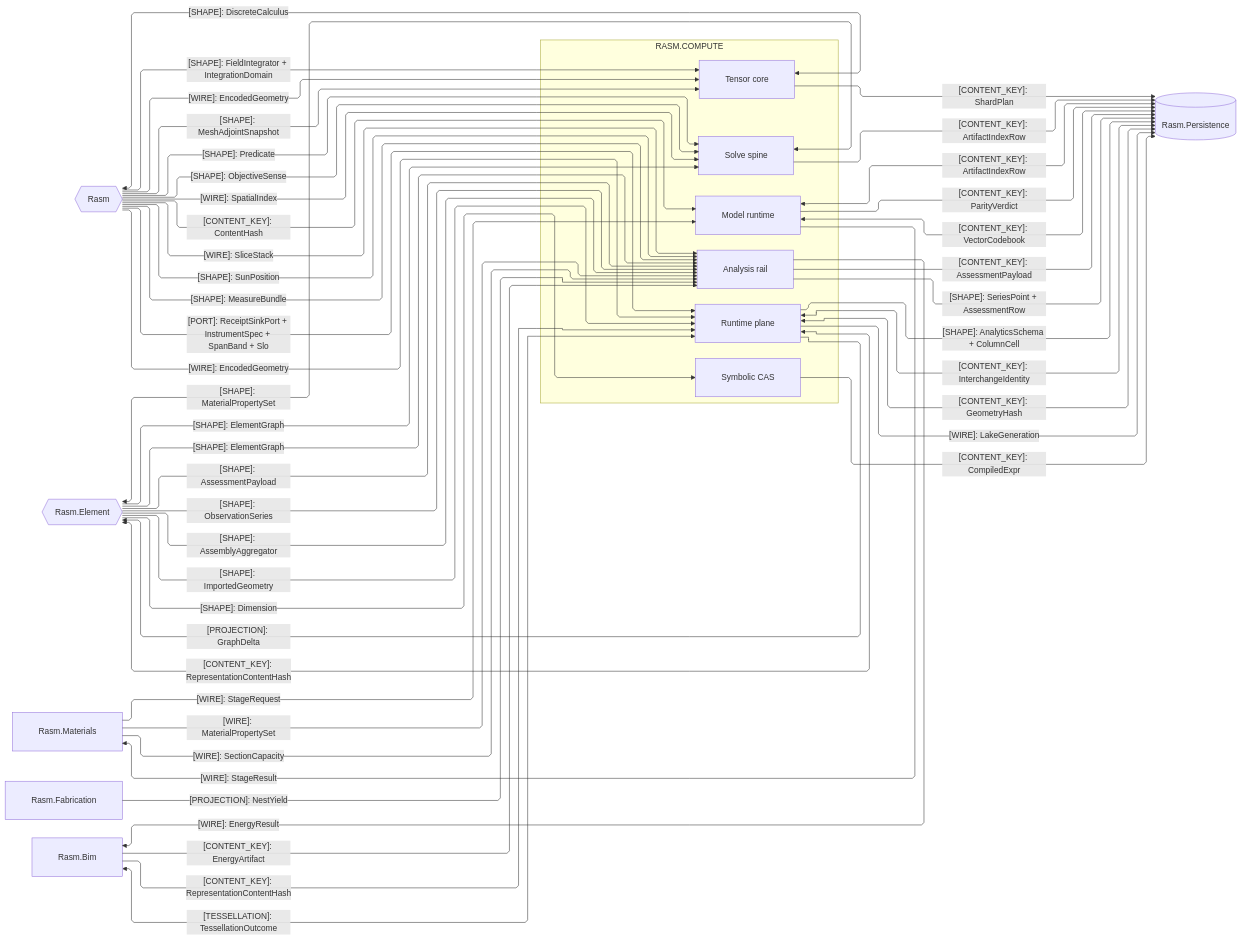
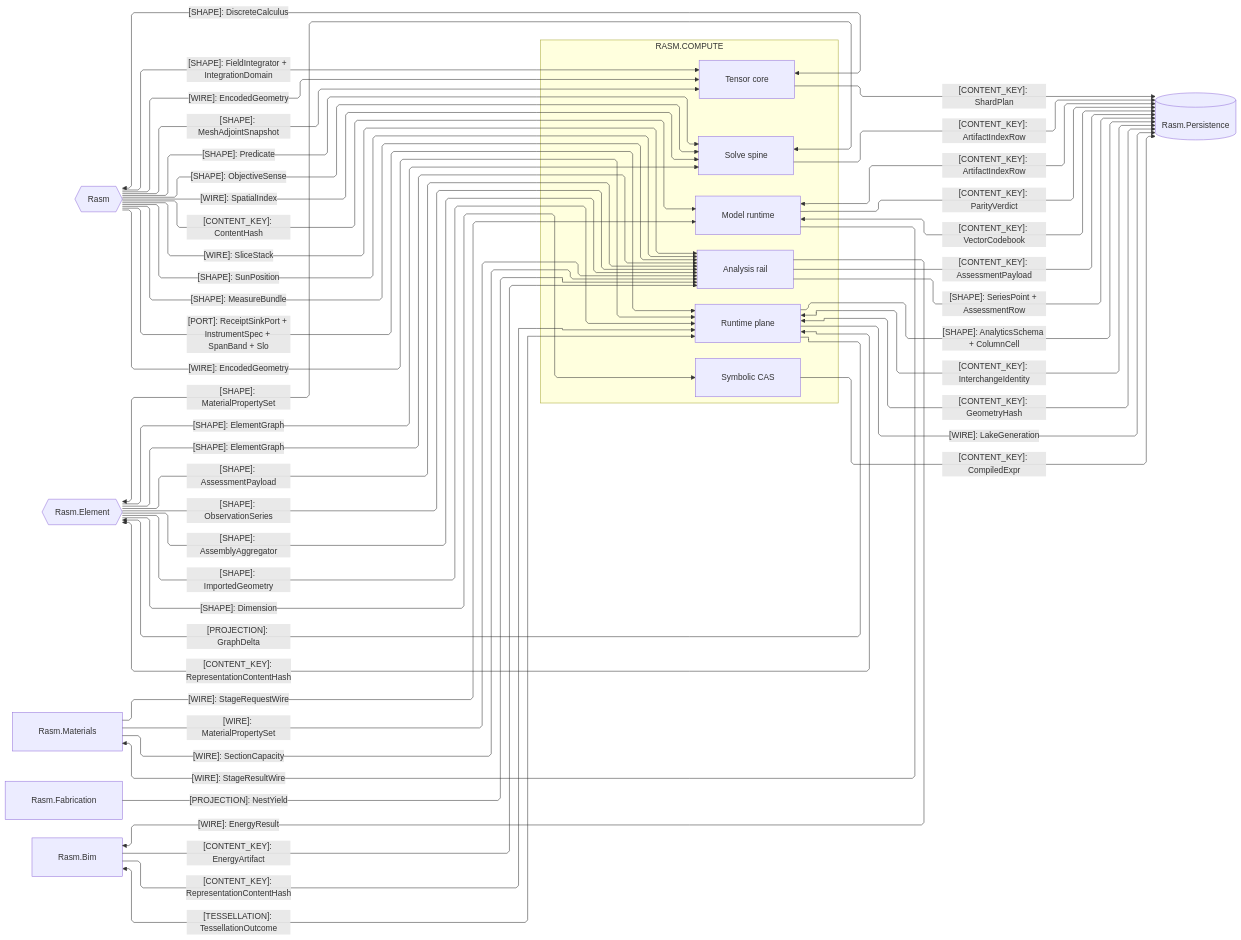
The second of 4 diagrams in libs/dotnet/Rasm.Compute/ARCHITECTURE.md (bsamiee/Rasm), drawn with Mermaid before and after one commit. The commit also changed other lines of this file and 167 other files, not shown here.

````diff
--- a/libs/dotnet/Rasm.Compute/ARCHITECTURE.md
+++ b/libs/dotnet/Rasm.Compute/ARCHITECTURE.md
@@ -150,70 +150,70 @@
 ```mermaid
 ---
 config:
   layout: elk
   flowchart:
     curve: linear
     padding: 25
 ---
 flowchart LR
     accTitle: Compute AEC-domain and storage seams
     accDescr: Which kinded contract shapes cross between Compute's owners, the kernel, the AEC peers, and the persistence store.
     subgraph compute[RASM.COMPUTE]
         Model[Model runtime]
         Tensor[Tensor core]
         Solver[Solve spine]
         Symbolic[Symbolic CAS]
         Analysis[Analysis rail]
         Runtime[Runtime plane]
     end
     Rasm{{Rasm}}
     Persistence[(Rasm.Persistence)]
     Element{{Rasm.Element}}
     Materials[Rasm.Materials]
     Fabrication[Rasm.Fabrication]
     Bim[Rasm.Bim]
     Rasm e1@-->|"[CONTENT_KEY]: ContentHash"| Model
     Rasm e2@-->|"[PORT]: ReceiptSinkPort + InstrumentSpec + SpanBand + Slo"| Runtime
     Rasm e3@-->|"[SHAPE]: Predicate"| Solver
     Rasm e4@-->|"[SHAPE]: ObjectiveSense"| Solver
     Tensor e5@<-->|"[SHAPE]: DiscreteCalculus"| Rasm
     Rasm e6@-->|"[WIRE]: SliceStack"| Analysis
     Rasm e7@-->|"[SHAPE]: MeshAdjointSnapshot"| Tensor
     Rasm e8@-->|"[WIRE]: SpatialIndex"| Solver
     Rasm e9@-->|"[WIRE]: EncodedGeometry"| Tensor
     Rasm e10@-->|"[SHAPE]: FieldIntegrator + IntegrationDomain"| Tensor
     Rasm e11@-->|"[SHAPE]: SunPosition"| Analysis
     Rasm e12@-->|"[SHAPE]: MeasureBundle"| Analysis
     Model e13@<-->|"[CONTENT_KEY]: ArtifactIndexRow"| Persistence
     Model e14@-->|"[CONTENT_KEY]: ParityVerdict"| Persistence
     Model e15@<-->|"[CONTENT_KEY]: VectorCodebook"| Persistence
     Tensor e16@-->|"[CONTENT_KEY]: ShardPlan"| Persistence
     Solver e17@-->|"[CONTENT_KEY]: ArtifactIndexRow"| Persistence
     Symbolic e18@-->|"[CONTENT_KEY]: CompiledExpr"| Persistence
     Analysis e19@-->|"[CONTENT_KEY]: AssessmentPayload"| Persistence
     Analysis e20@-->|"[SHAPE]: SeriesPoint + AssessmentRow"| Persistence
     Runtime e21@<-->|"[CONTENT_KEY]: InterchangeIdentity"| Persistence
     Runtime e22@<-->|"[CONTENT_KEY]: GeometryHash"| Persistence
     Runtime e23@-->|"[WIRE]: LakeGeneration"| Persistence
     Runtime e24@-->|"[SHAPE]: AnalyticsSchema + ColumnCell"| Persistence
     Rasm e25@-->|"[WIRE]: EncodedGeometry"| Runtime
     Solver e26@<-->|"[SHAPE]: MaterialPropertySet"| Element
     Element e27@-->|"[SHAPE]: Dimension"| Symbolic
     Element e28@-->|"[SHAPE]: ElementGraph"| Analysis
     Element e29@-->|"[SHAPE]: ElementGraph"| Solver
     Element e30@-->|"[SHAPE]: AssessmentPayload"| Analysis
     Element e31@-->|"[SHAPE]: ObservationSeries"| Analysis
     Runtime e32@-->|"[PROJECTION]: GraphDelta"| Element
     Runtime e33@<-->|"[CONTENT_KEY]: RepresentationContentHash"| Element
     Element e34@-->|"[SHAPE]: ImportedGeometry"| Runtime
     Element e35@-->|"[SHAPE]: AssemblyAggregator"| Analysis
     Materials e36@-->|"[WIRE]: MaterialPropertySet"| Analysis
     Materials e37@-->|"[WIRE]: SectionCapacity"| Analysis
-    Materials e38@-->|"[WIRE]: StageRequest"| Model
-    Model e39@-->|"[WIRE]: StageResult"| Materials
+    Materials e38@-->|"[WIRE]: StageRequestWire"| Model
+    Model e39@-->|"[WIRE]: StageResultWire"| Materials
     Fabrication e40@-->|"[PROJECTION]: NestYield"| Analysis
     Bim e41@<-->|"[TESSELLATION]: TessellationOutcome"| Runtime
     Bim e43@-->|"[CONTENT_KEY]: RepresentationContentHash"| Runtime
     Bim e44@-->|"[CONTENT_KEY]: EnergyArtifact"| Analysis
     Analysis e45@-->|"[WIRE]: EnergyResult"| Bim
 ```
````
